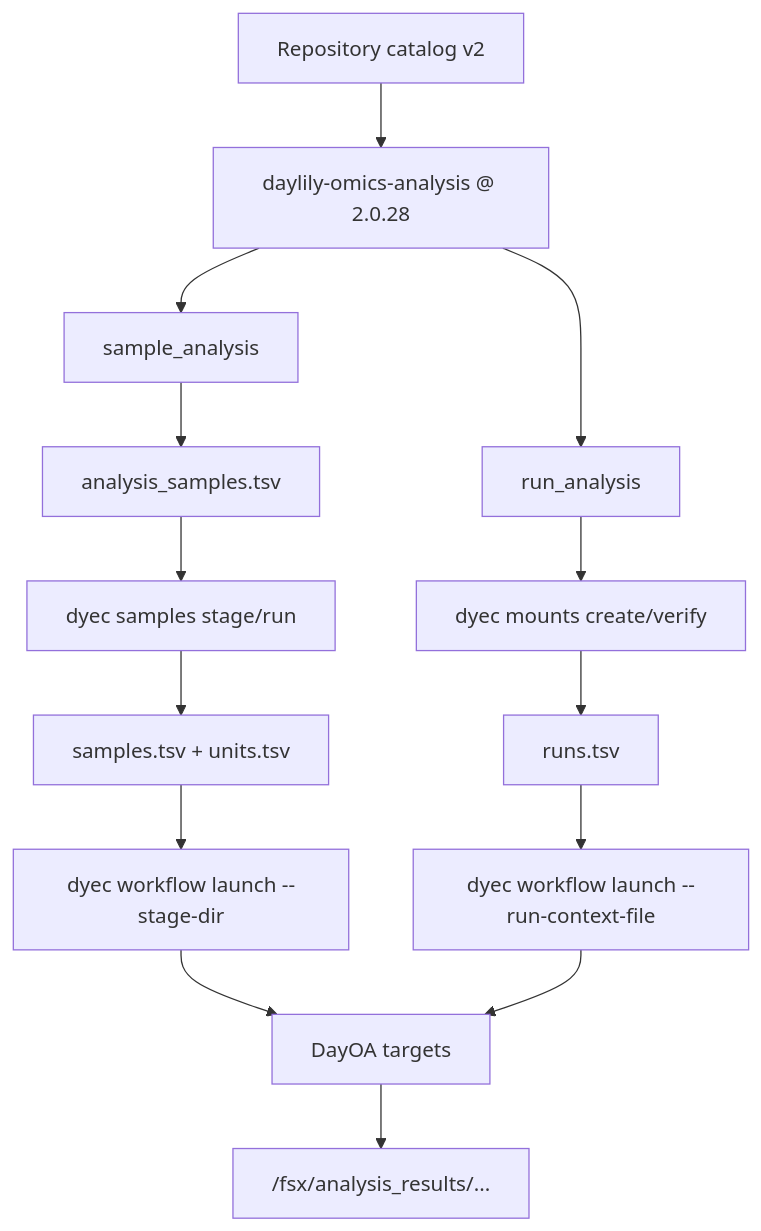
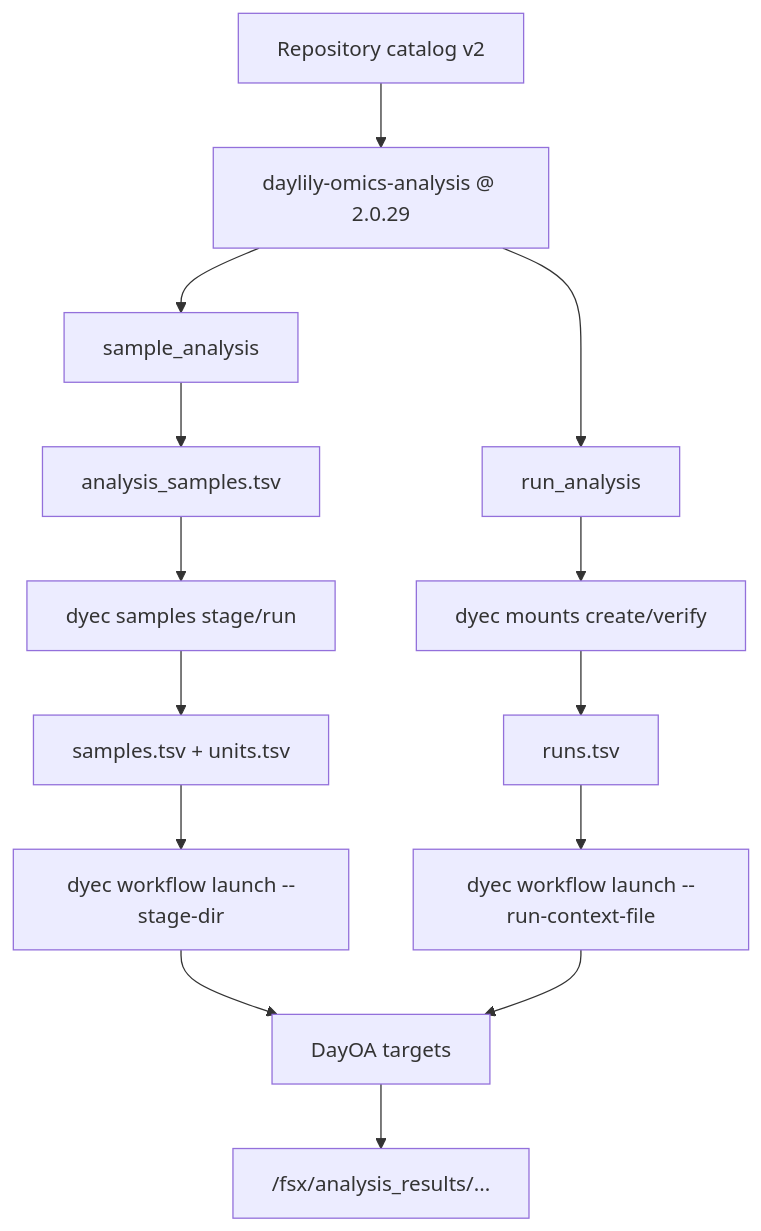
The third of 3 diagrams in docs/dra_fsx_strategy.md (Daylily-Informatics/daylily-ephemeral-cluster), drawn with Mermaid before and after one commit. The commit also changed other lines of this file and 13 other files, not shown here.

````diff
--- a/docs/dra_fsx_strategy.md
+++ b/docs/dra_fsx_strategy.md
@@ -102,19 +102,19 @@
 ```mermaid
 flowchart TB
-  Catalog["Repository catalog v2"] --> Repo["daylily-omics-analysis @ 2.0.28"]
+  Catalog["Repository catalog v2"] --> Repo["daylily-omics-analysis @ 2.0.29"]
   Repo --> Sample["sample_analysis"]
   Repo --> Run["run_analysis"]
 
   Sample --> Manifest["analysis_samples.tsv"]
   Manifest --> Stage["dyec samples stage/run"]
   Stage --> TSV["samples.tsv + units.tsv"]
   TSV --> LaunchA["dyec workflow launch --stage-dir"]
 
   Run --> Mount["dyec mounts create/verify"]
   Mount --> Runs["runs.tsv"]
   Runs --> LaunchB["dyec workflow launch --run-context-file"]
 
   LaunchA --> DayOA["DayOA targets"]
   LaunchB --> DayOA
   DayOA --> Results["/fsx/analysis_results/..."]
 ```
````
